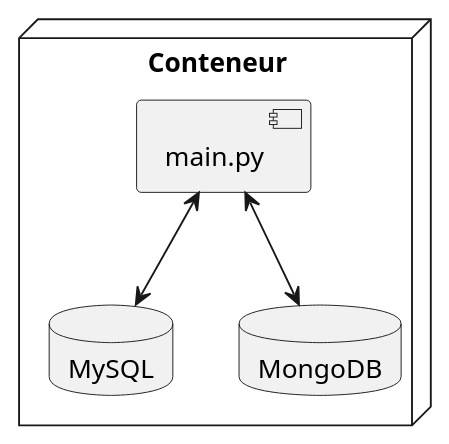
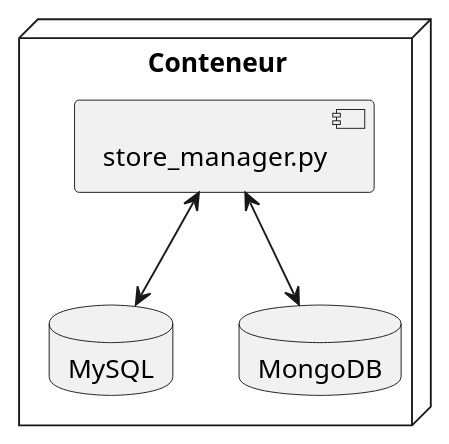
Before and after one commit to guteacher/log430-a25-labo1: the diagram in docs/deployment.puml, drawn with PlantUML. The commit also changed 2 other files, not shown here.

```diff
--- a/docs/deployment.puml
+++ b/docs/deployment.puml
@@ -1,9 +1,9 @@
 @startuml
   node Conteneur {
-    component "main.py" 
+    component "store_manager.py" 
     database "MySQL"
     database "MongoDB"
-    "main.py" <--> "MySQL"
-    "main.py" <--> "MongoDB"
+    "store_manager.py" <--> "MySQL"
+    "store_manager.py" <--> "MongoDB"
   }
 @enduml
```
